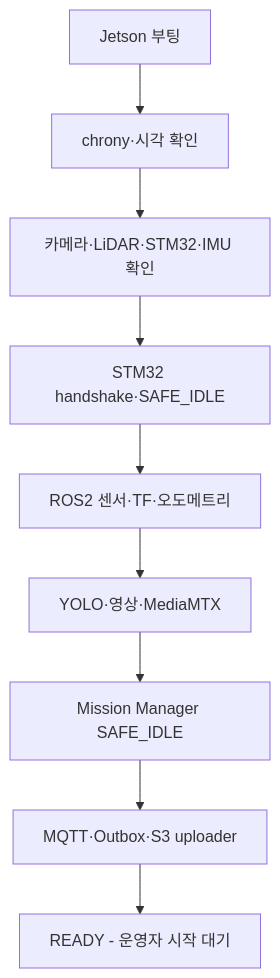
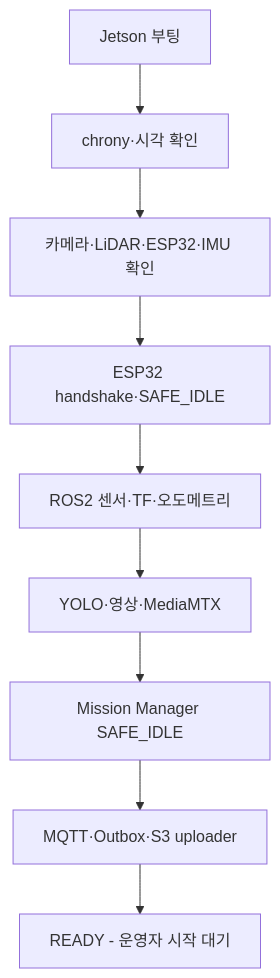
One commit to Common-AIOT/Sentinel-UGV changed the diagram in docs/06-테스트-보안-운영.md. Above: the diagram before and after it, drawn with Mermaid. The commit also changed other lines of this file and 8 other files, not shown here.

````diff
--- a/docs/06-테스트-보안-운영.md
+++ b/docs/06-테스트-보안-운영.md
@@ -361,11 +361,11 @@
 ```mermaid
 flowchart TD
     boot["Jetson 부팅"] --> time["chrony·시각 확인"]
-    time --> devices["카메라·LiDAR·STM32·IMU 확인"]
-    devices --> stm["STM32 handshake·SAFE_IDLE"]
+    time --> devices["카메라·LiDAR·ESP32·IMU 확인"]
+    devices --> stm["ESP32 handshake·SAFE_IDLE"]
     stm --> ros["ROS2 센서·TF·오도메트리"]
     ros --> perception["YOLO·영상·MediaMTX"]
     perception --> mission["Mission Manager SAFE_IDLE"]
     mission --> cloud["MQTT·Outbox·S3 uploader"]
     cloud --> ready["READY - 운영자 시작 대기"]
 ```
````
